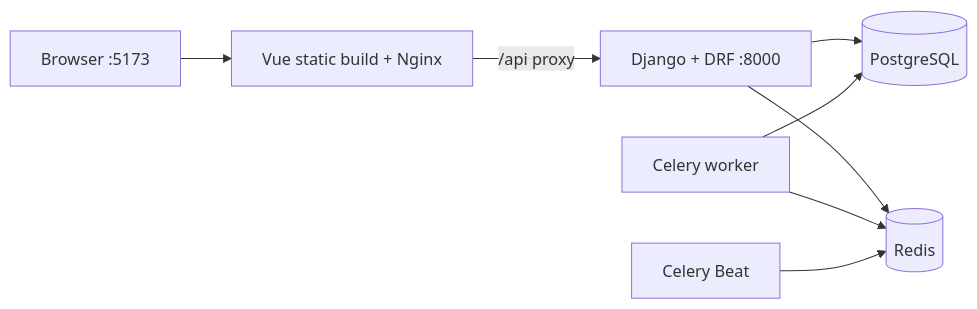
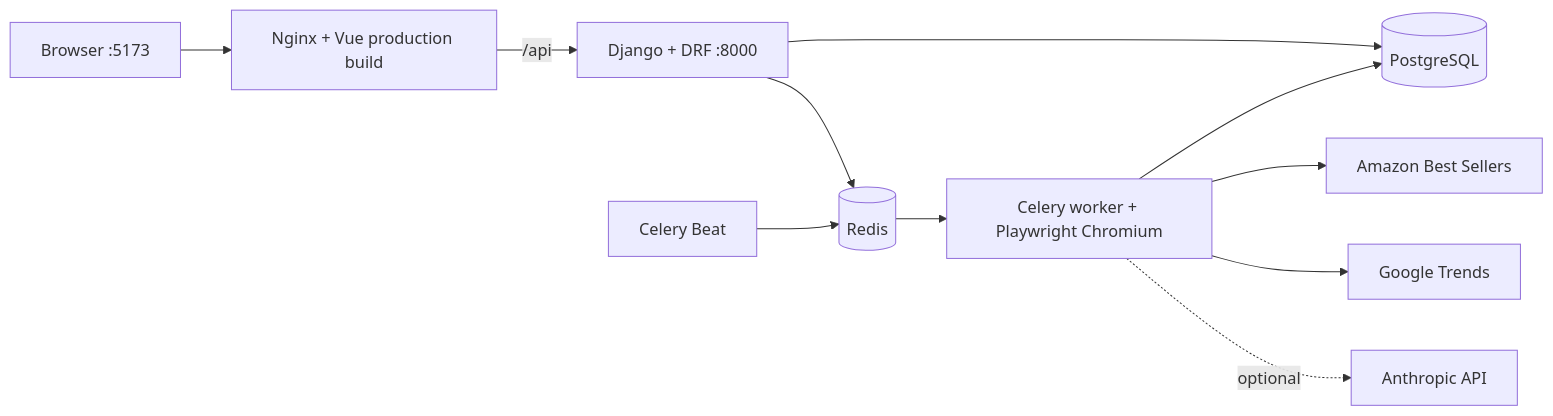
Before and after one commit to 2DAy1/ecommerce-product-scorer: the diagram in README.md, drawn with Mermaid. The commit also changed other lines of this file and 5 other files, not shown here.

````diff
--- a/README.md
+++ b/README.md
@@ -7,10 +19,13 @@
 ```mermaid
 flowchart LR
-    Browser["Browser :5173"] --> Frontend["Vue static build + Nginx"]
-    Frontend -->|/api proxy| Backend["Django + DRF :8000"]
-    Backend --> DB[(PostgreSQL)]
-    Backend --> Redis[(Redis)]
-    Worker["Celery worker"] --> Redis
-    Worker --> DB
+    Browser["Browser :5173"] --> Nginx["Nginx + Vue production build"]
+    Nginx -->|/api| Django["Django + DRF :8000"]
+    Django --> PostgreSQL[(PostgreSQL)]
+    Django --> Redis[(Redis)]
     Beat["Celery Beat"] --> Redis
+    Redis --> Worker["Celery worker + Playwright Chromium"]
+    Worker --> PostgreSQL
+    Worker --> Amazon["Amazon Best Sellers"]
+    Worker --> Trends["Google Trends"]
+    Worker -. optional .-> Anthropic["Anthropic API"]
 ```
````
